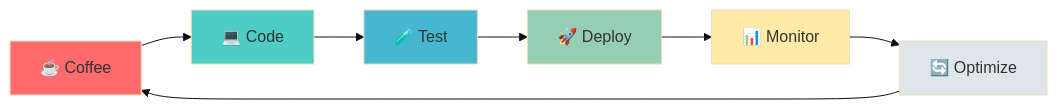
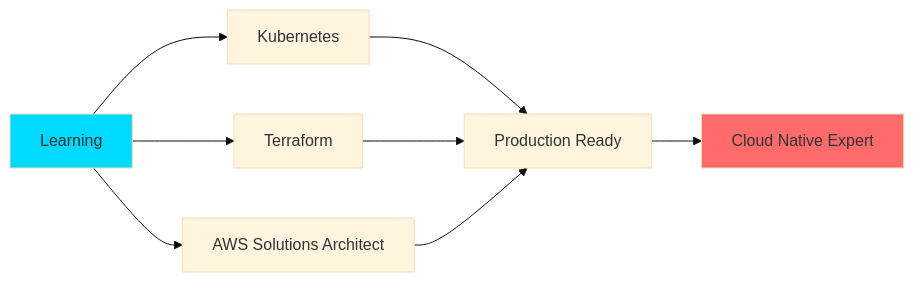
The diagram in README.md (Sadanki/Sadanki), drawn with Mermaid (base theme) before and after one commit. The commit also changed other lines of this file, not shown here.

````diff
--- a/README.md
+++ b/README.md
@@ -90,16 +192,12 @@
 ```mermaid
 graph LR
-    A[☕ Coffee] --> B[💻 Code]
-    B --> C[🧪 Test]
-    C --> D[🚀 Deploy]
-    D --> E[📊 Monitor]
-    E --> F[🔄 Optimize]
-    F --> A
-    
-    style A fill:#FF6B6B
-    style B fill:#4ECDC4
-    style C fill:#45B7D1
-    style D fill:#96CEB4
-    style E fill:#FFEAA7
-    style F fill:#DFE6E9
+    A[Learning] --> B[Kubernetes]
+    A --> C[Terraform]
+    A --> D[AWS Solutions Architect]
+    B --> E[Production Ready]
+    C --> E
+    D --> E
+    E --> F[Cloud Native Expert]
+    style A fill:#00D9FF
+    style F fill:#FF6B6B
 ```
````
